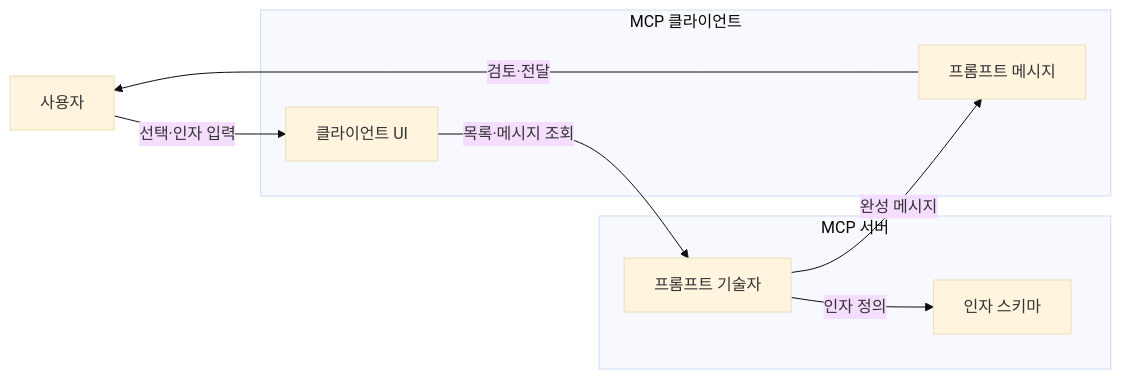
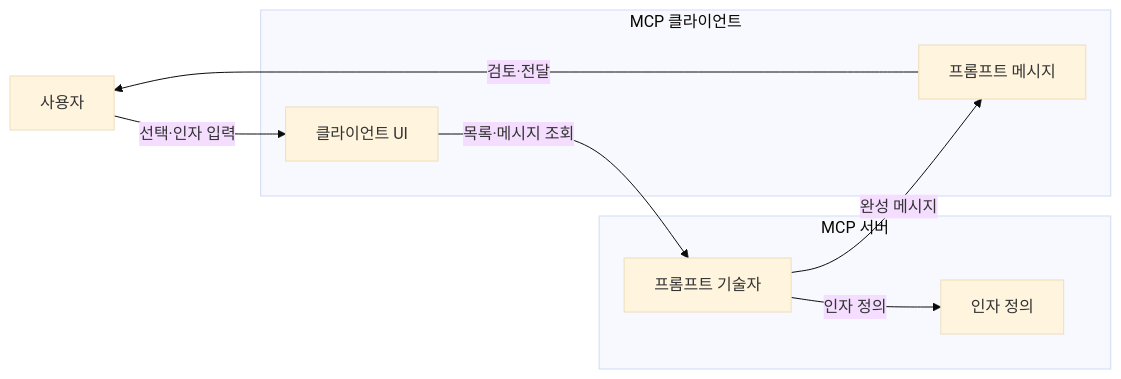
Before and after one commit to agnusdei1207/knowledge-base: the first of 2 diagrams in src/content/docs/notes/08-latest-tech/011_mcp_prompt.md, drawn with Mermaid (base theme). The commit also changed other lines of this file and 31 other files, not shown here.

````diff
--- a/src/content/docs/notes/08-latest-tech/011_mcp_prompt.md
+++ b/src/content/docs/notes/08-latest-tech/011_mcp_prompt.md
@@ -55,17 +55,17 @@
 ```mermaid
 flowchart LR
     U[사용자]
     subgraph C[MCP 클라이언트]
         UI[클라이언트 UI]
         PM[프롬프트 메시지]
     end
     subgraph S[MCP 서버]
         PD[프롬프트 기술자]
-        AS[인자 스키마]
+        AS[인자 정의]
     end
     U -->|선택·인자 입력| UI
     UI -->|목록·메시지 조회| PD
     PD -->|인자 정의| AS
     PD -->|완성 메시지| PM
     PM -->|검토·전달| U
 ```
````
